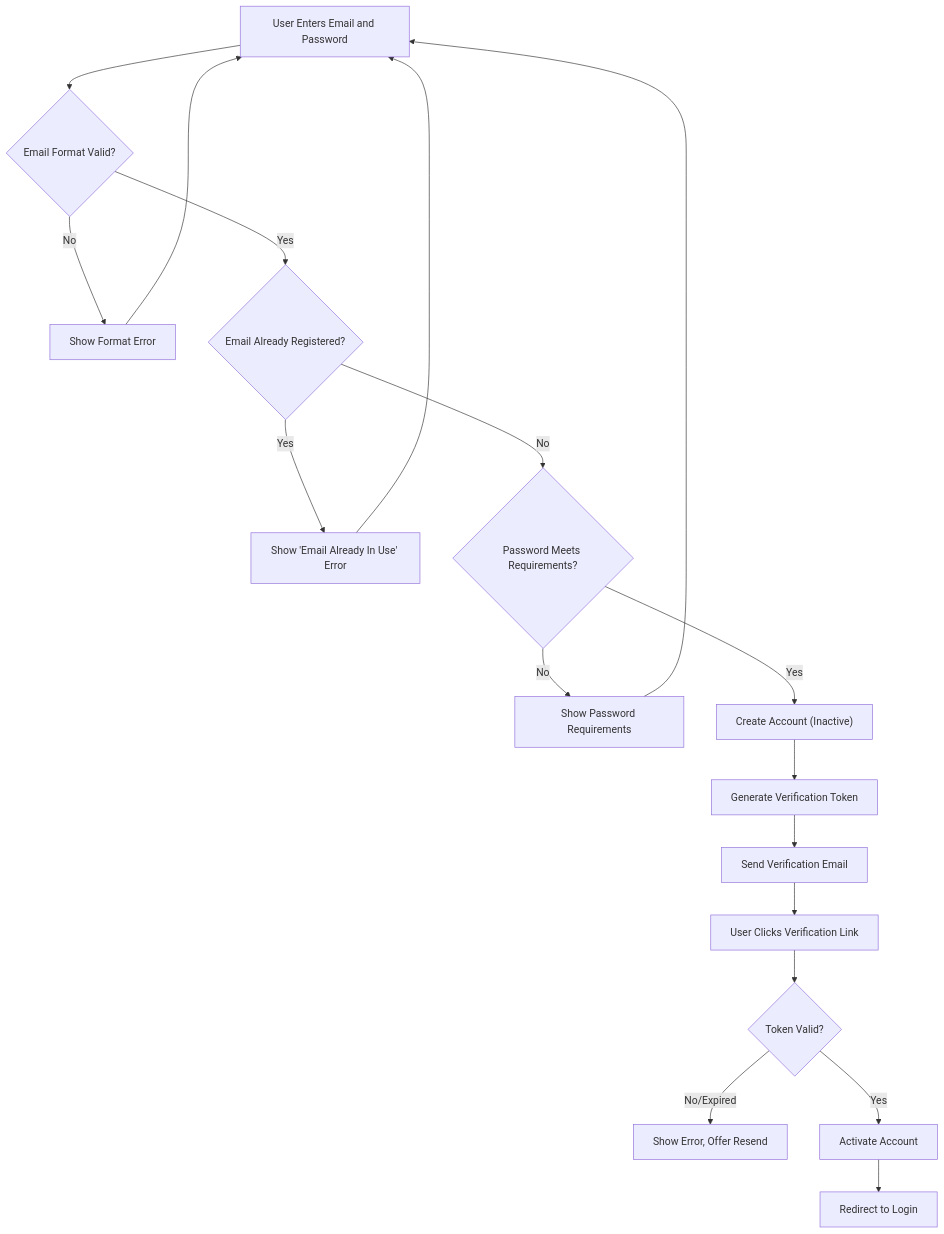
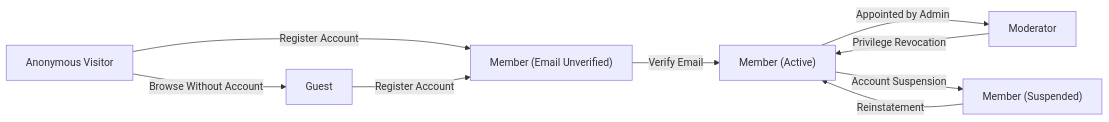
One commit to wrtnlabs/autobe-examples changed the first of 4 diagrams in anthropic/claude-sonnet-4.5/bbs/docs/analysis/02-user-actors-authentication.md. Above: the diagram before and after it, drawn with Mermaid. The commit also changed other lines of this file and 3569 other files, not shown here.

````diff
--- a/anthropic/claude-sonnet-4.5/bbs/docs/analysis/02-user-actors-authentication.md
+++ b/anthropic/claude-sonnet-4.5/bbs/docs/analysis/02-user-actors-authentication.md
@@ -346,20 +109,11 @@
 ```mermaid
-graph TD
-    A["User Enters Email and Password"] --> B{"Email Format Valid?"}
-    B -->|"No"| C["Show Format Error"]
-    C --> A
-    B -->|"Yes"| D{"Email Already Registered?"}
-    D -->|"Yes"| E["Show 'Email Already In Use' Error"]
-    E --> A
-    D -->|"No"| F{"Password Meets Requirements?"}
-    F -->|"No"| G["Show Password Requirements"]
-    G --> A
-    F -->|"Yes"| H["Create Account (Inactive)"]
-    H --> I["Generate Verification Token"]
-    I --> J["Send Verification Email"]
-    J --> K["User Clicks Verification Link"]
-    K --> L{"Token Valid?"}
-    L -->|"No/Expired"| M["Show Error, Offer Resend"]
-    L -->|"Yes"| N["Activate Account"]
-    N --> O["Redirect to Login"]
+graph LR
+    A["Anonymous Visitor"] -->|"Register Account"| B["Member (Email Unverified)"]
+    B -->|"Verify Email"| C["Member (Active)"]
+    A -->|"Browse Without Account"| D["Guest"]
+    D -->|"Register Account"| B
+    C -->|"Appointed by Admin"| E["Moderator"]
+    C -->|"Account Suspension"| F["Member (Suspended)"]
+    F -->|"Reinstatement"| C
+    E -->|"Privilege Revocation"| C
 ```
````
